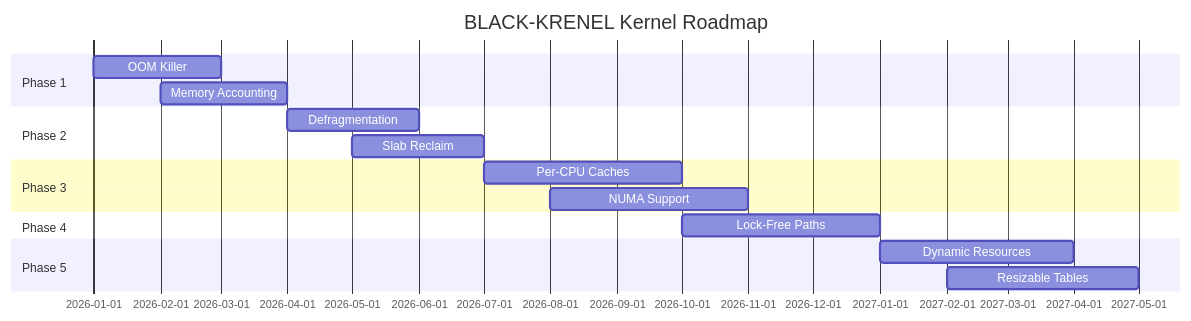
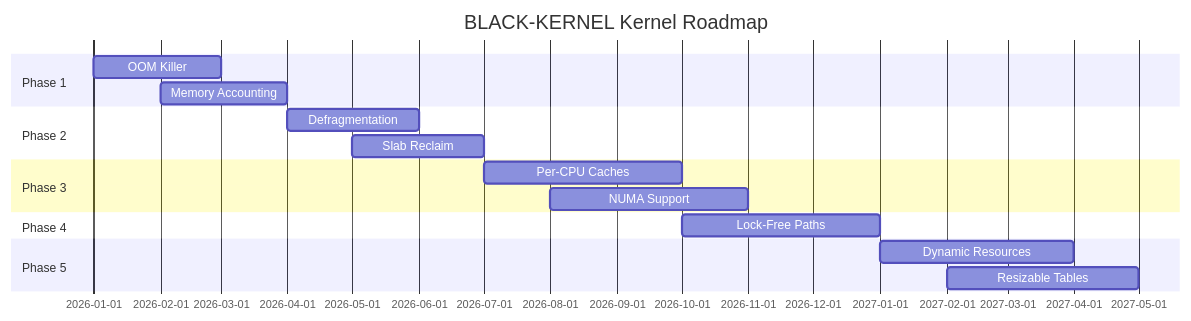
The second of 2 diagrams in README.md (BLACK0X80/BLACK-KERNEL), drawn with Mermaid before and after one commit. The commit also changed other lines of this file, not shown here.

````diff
--- a/README.md
+++ b/README.md
@@ -801,19 +801,19 @@
 ```mermaid
 gantt
-    title BLACK-KRENEL Kernel Roadmap
+    title BLACK-KERNEL Kernel Roadmap
     dateFormat  YYYY-MM
     section Phase 1
     OOM Killer           :2026-01, 2026-03
     Memory Accounting    :2026-02, 2026-04
     section Phase 2
     Defragmentation      :2026-04, 2026-06
     Slab Reclaim        :2026-05, 2026-07
     section Phase 3
     Per-CPU Caches      :2026-07, 2026-10
     NUMA Support        :2026-08, 2026-11
     section Phase 4
     Lock-Free Paths     :2026-10, 2027-01
     section Phase 5
     Dynamic Resources   :2027-01, 2027-04
     Resizable Tables    :2027-02, 2027-05
 ```
````
